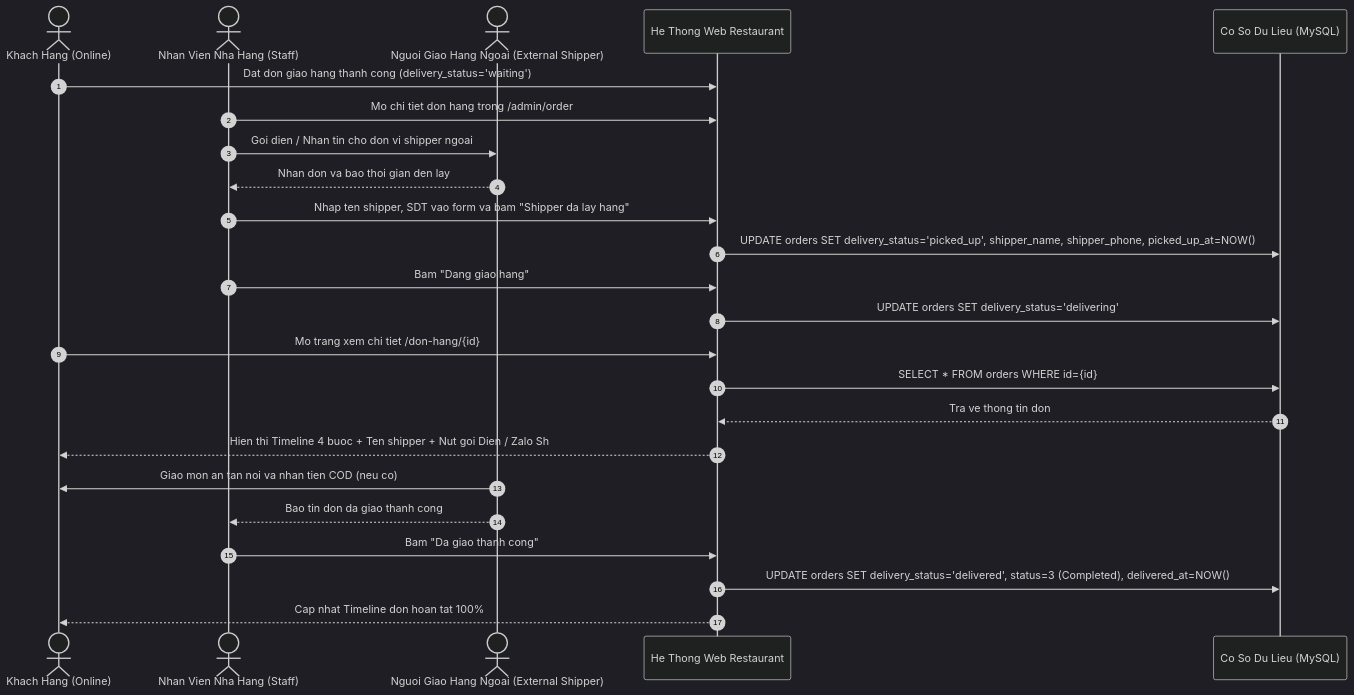
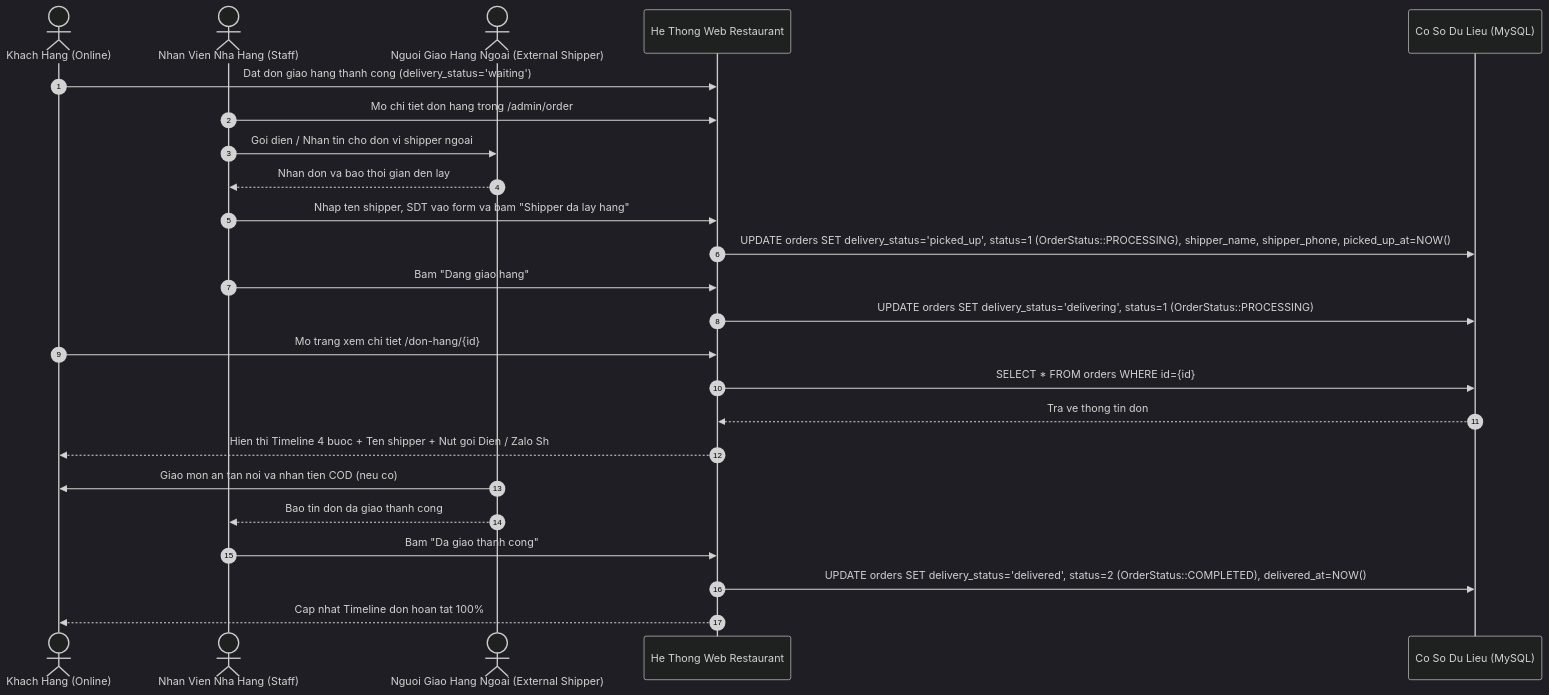
Before and after one commit to Thooooo1/dev_restaurant_laravel: the sixth of 6 diagrams in docs/BAO_CAO_KIEN_TRUC_VA_SO_DO_HE_THONG.md, drawn with Mermaid (dark theme). The commit also changed other lines of this file and 27 other files, not shown here.

Commit message:
fix(core): correct delivery order status to completed, secure migration with post csrf, integrate chatbot services, unify pos pricing, and bundle offline assets

````diff
--- a/docs/BAO_CAO_KIEN_TRUC_VA_SO_DO_HE_THONG.md
+++ b/docs/BAO_CAO_KIEN_TRUC_VA_SO_DO_HE_THONG.md
@@ -377,31 +377,31 @@
 ```mermaid
 sequenceDiagram
     autonumber
     actor C as Khach Hang (Online)
     actor S as Nhan Vien Nha Hang (Staff)
     actor Sh as Nguoi Giao Hang Ngoai (External Shipper)
     participant Web as He Thong Web Restaurant
     participant DB as Co So Du Lieu (MySQL)
 
     C->>Web: Dat don giao hang thanh cong (delivery_status='waiting')
     S->>Web: Mo chi tiet don hang trong /admin/order
     S->>Sh: Goi dien / Nhan tin cho don vi shipper ngoai
     Sh-->>S: Nhan don va bao thoi gian den lay
     
     S->>Web: Nhap ten shipper, SDT vao form va bam "Shipper da lay hang"
-    Web->>DB: UPDATE orders SET delivery_status='picked_up', shipper_name, shipper_phone, picked_up_at=NOW()
+    Web->>DB: UPDATE orders SET delivery_status='picked_up', status=1 (OrderStatus::PROCESSING), shipper_name, shipper_phone, picked_up_at=NOW()
     
     S->>Web: Bam "Dang giao hang"
-    Web->>DB: UPDATE orders SET delivery_status='delivering'
+    Web->>DB: UPDATE orders SET delivery_status='delivering', status=1 (OrderStatus::PROCESSING)
     
     C->>Web: Mo trang xem chi tiet /don-hang/{id}
     Web->>DB: SELECT * FROM orders WHERE id={id}
     DB-->>Web: Tra ve thong tin don
     Web-->>C: Hien thi Timeline 4 buoc + Ten shipper + Nut goi Dien / Zalo Sh
     
     Sh->>C: Giao mon an tan noi va nhan tien COD (neu co)
     Sh-->>S: Bao tin don da giao thanh cong
     S->>Web: Bam "Da giao thanh cong"
-    Web->>DB: UPDATE orders SET delivery_status='delivered', status=3 (Completed), delivered_at=NOW()
+    Web->>DB: UPDATE orders SET delivery_status='delivered', status=2 (OrderStatus::COMPLETED), delivered_at=NOW()
     Web-->>C: Cap nhat Timeline don hoan tat 100%
 ```
````
